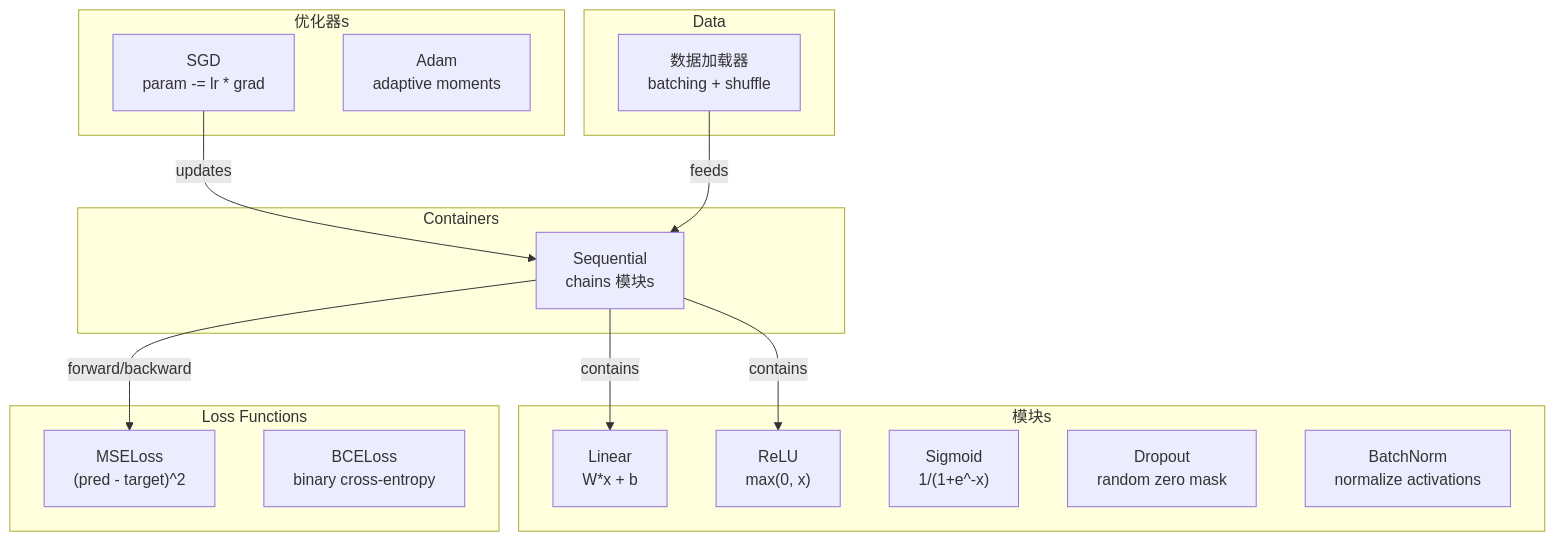
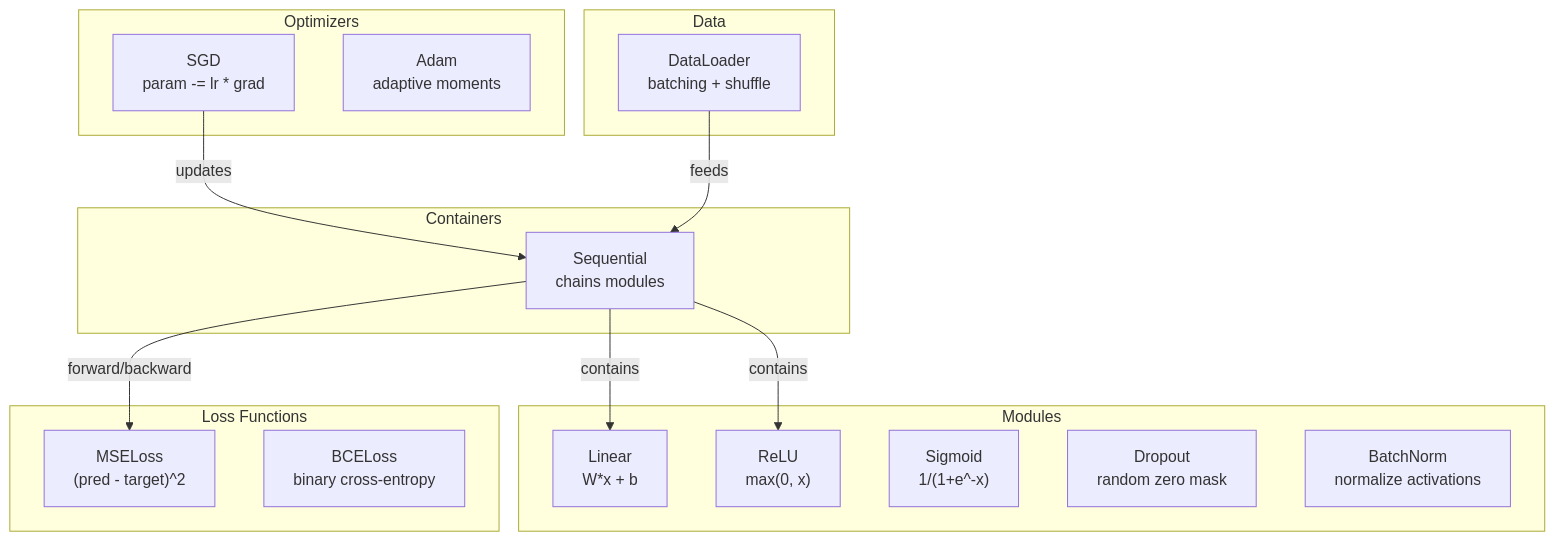
Before and after one commit to arwei944/ai-engineering-from-scratch: the first of 3 diagrams in phases/03-deep-learning-core/10-mini-framework/docs/zh.md, drawn with Mermaid. The commit also changed other lines of this file and 65 other files, not shown here.

````diff
--- a/phases/03-deep-learning-core/10-mini-framework/docs/zh.md
+++ b/phases/03-deep-learning-core/10-mini-framework/docs/zh.md
@@ -57,34 +57,34 @@
 ```mermaid
 graph TD
-    subgraph "模块s"
+    subgraph "Modules"
         Linear["Linear<br/>W*x + b"]
         ReLU["ReLU<br/>max(0, x)"]
         Sigmoid["Sigmoid<br/>1/(1+e^-x)"]
         Dropout["Dropout<br/>random zero mask"]
         BatchNorm["BatchNorm<br/>normalize activations"]
     end
 
     subgraph "Containers"
-        Sequential["Sequential<br/>chains 模块s"]
+        Sequential["Sequential<br/>chains modules"]
     end
 
     subgraph "Loss Functions"
         MSE["MSELoss<br/>(pred - target)^2"]
         BCE["BCELoss<br/>binary cross-entropy"]
     end
 
-    subgraph "优化器s"
+    subgraph "Optimizers"
         SGD["SGD<br/>param -= lr * grad"]
         Adam["Adam<br/>adaptive moments"]
     end
 
     subgraph "Data"
-        数据加载器["数据加载器<br/>batching + shuffle"]
+        DataLoader["DataLoader<br/>batching + shuffle"]
     end
 
     Sequential --> |"contains"| Linear
     Sequential --> |"contains"| ReLU
     Sequential --> |"forward/backward"| MSE
     SGD --> |"updates"| Sequential
-    数据加载器 --> |"feeds"| Sequential
+    DataLoader --> |"feeds"| Sequential
 ```
````
